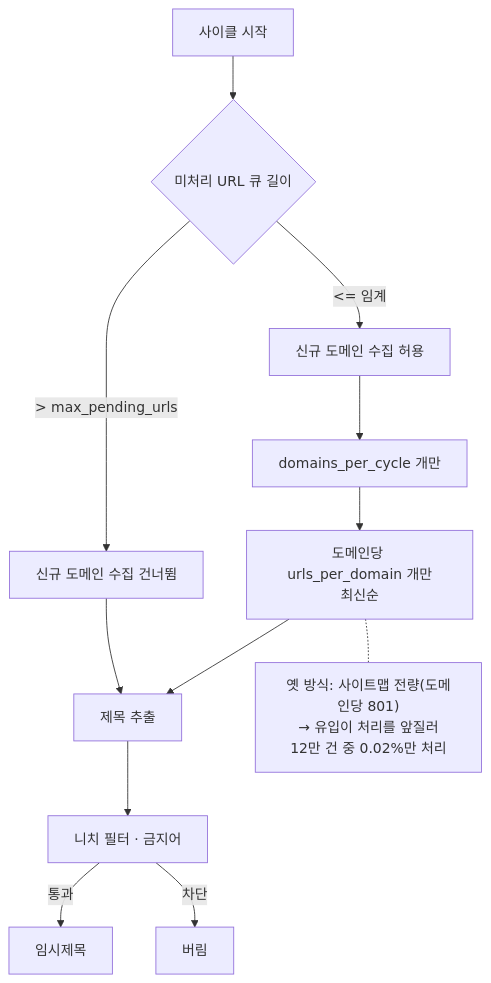
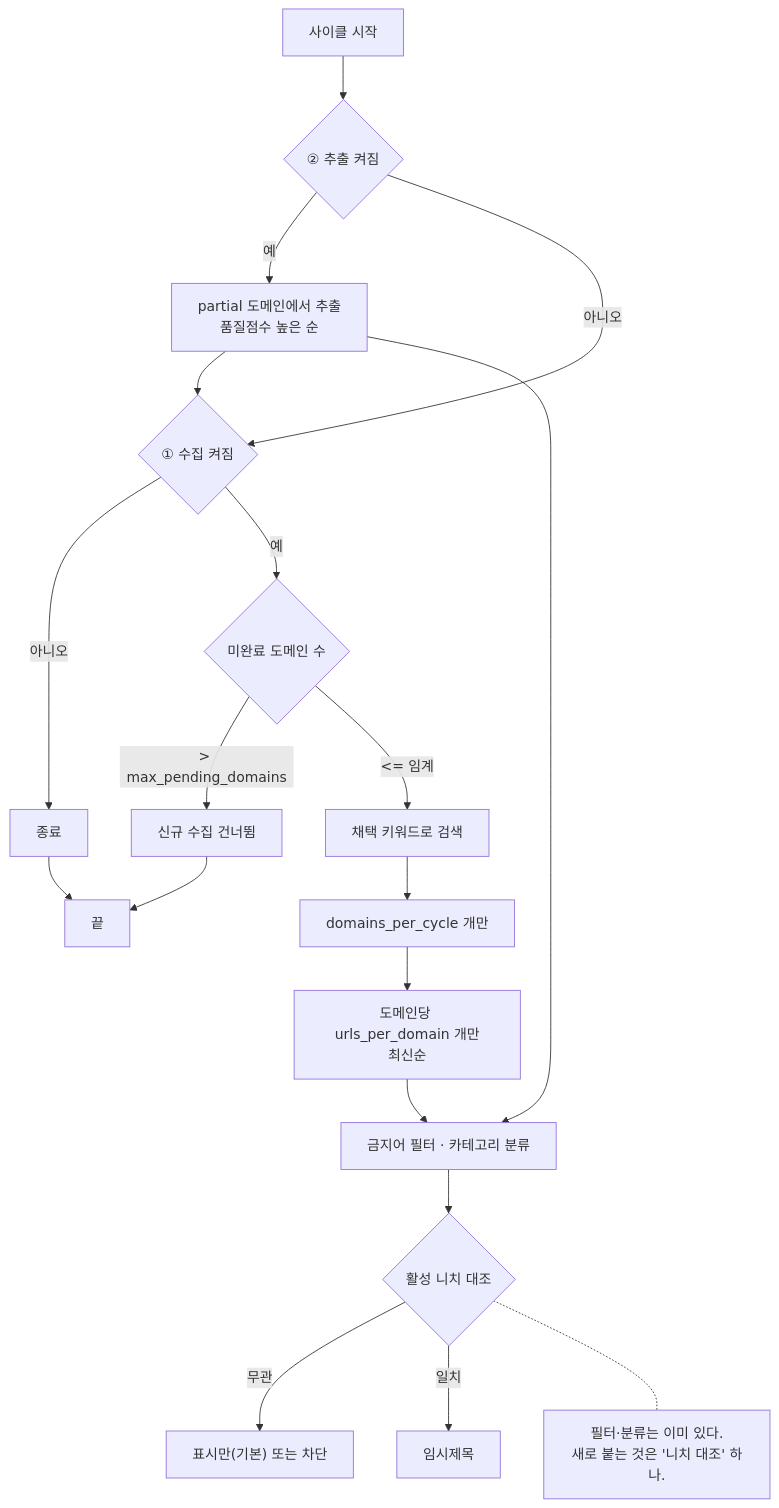
The third of 7 diagrams in services/republish/docs/flowcharts/title_tab.md (jteen-lab/blogauto_v2), drawn with Mermaid before and after one commit. The commit also changed other lines of this file and 1 other file, not shown here.

````diff
--- a/services/republish/docs/flowcharts/title_tab.md
+++ b/services/republish/docs/flowcharts/title_tab.md
@@ -30,15 +57,21 @@
 ```mermaid
 flowchart TD
-    S[사이클 시작] --> Q{미처리 URL 큐 길이}
-    Q -->|> max_pending_urls| P1[신규 도메인 수집 건너뜀]
-    Q -->|<= 임계| P2[신규 도메인 수집 허용]
-    P2 --> D[domains_per_cycle 개만]
-    D --> U[도메인당 urls_per_domain 개만<br/>최신순]
-    P1 & U --> E[제목 추출]
-    E --> F[니치 필터 · 금지어]
-    F -->|통과| T[임시제목]
-    F -->|차단| X[버림]
+    S[사이클 시작] --> A{② 추출 켜짐}
+    A -->|예| B["partial 도메인에서 추출<br/>품질점수 높은 순"]
+    A -->|아니오| C
+    B --> C{① 수집 켜짐}
+    C -->|아니오| Z[종료]
+    C -->|예| D{미완료 도메인 수}
+    D -->|> max_pending_domains| E[신규 수집 건너뜀]
+    D -->|<= 임계| F[채택 키워드로 검색]
+    F --> G[domains_per_cycle 개만]
+    G --> H[도메인당 urls_per_domain 개만<br/>최신순]
+    B & H --> I[금지어 필터 · 카테고리 분류]
+    I --> J{활성 니치 대조}
+    J -->|무관| K["표시만(기본) 또는 차단"]
+    J -->|일치| T[임시제목]
+    E & Z --> Z2[끝]
 
-    old["옛 방식: 사이트맵 전량(도메인당 801)<br/>→ 유입이 처리를 앞질러<br/>12만 건 중 0.02%만 처리"]
-    U -.- old
+    note["필터·분류는 이미 있다.<br/>새로 붙는 것은 '니치 대조' 하나."]
+    J -.- note
 ```
````
